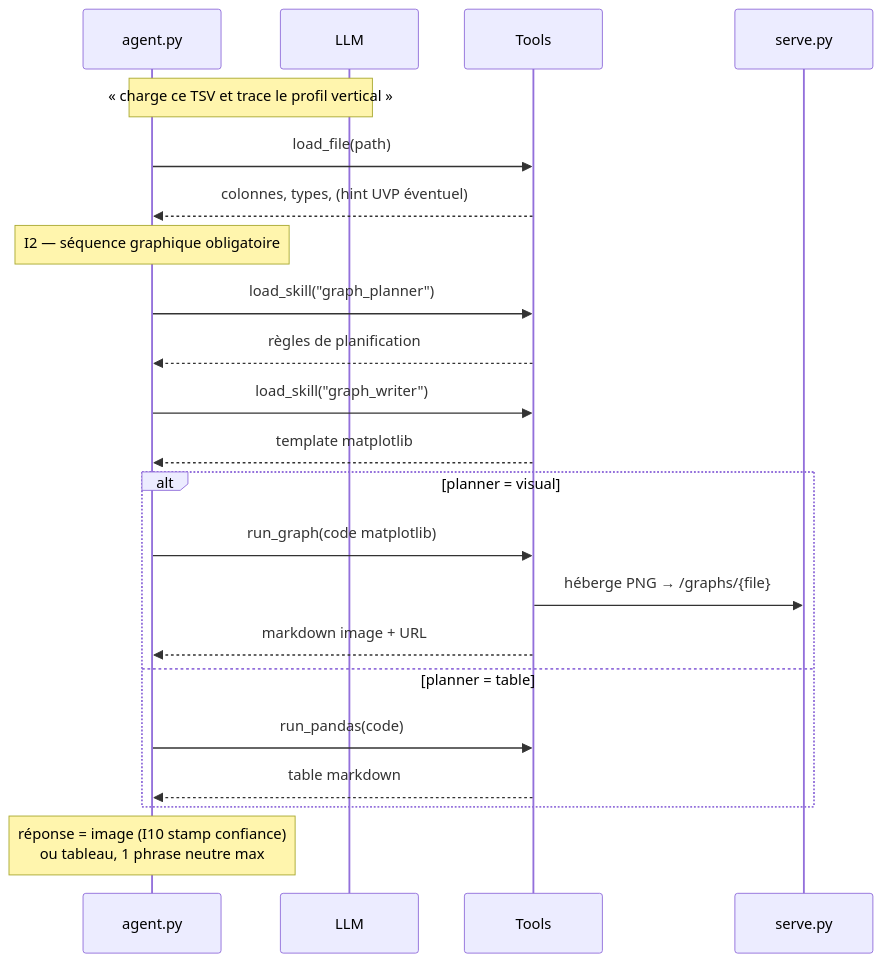
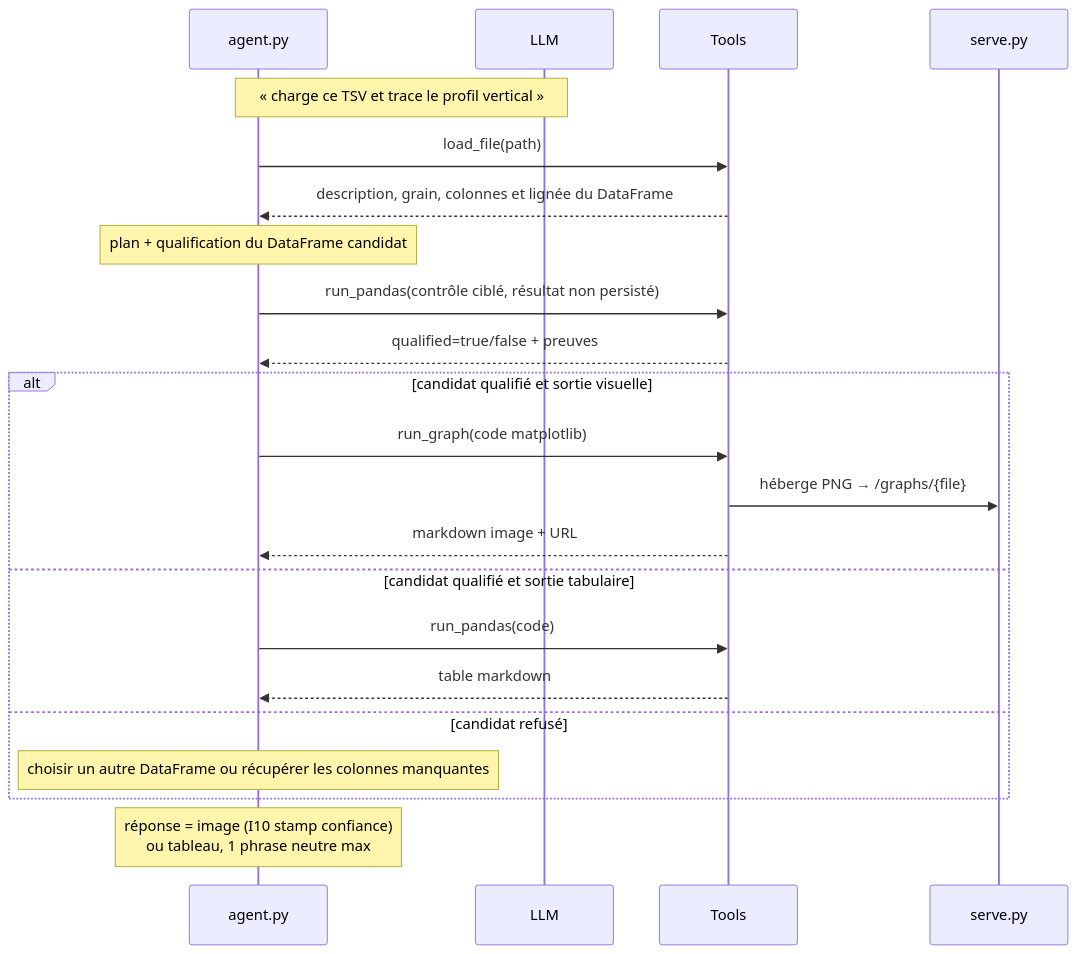
The second of 10 diagrams in SEQUENCES.md (TidianeCisse777/IDEA), drawn with Mermaid before and after one commit. The commit also changed other lines of this file and 9 other files, not shown here.

````diff
--- a/SEQUENCES.md
+++ b/SEQUENCES.md
@@ -53,25 +53,25 @@
 ```mermaid
 sequenceDiagram
     participant AG as agent.py
     participant LLM
     participant T as Tools
     participant API as serve.py
 
     Note over AG,LLM: « charge ce TSV et trace le profil vertical »
     AG->>T: load_file(path)
-    T-->>AG: colonnes, types, (hint UVP éventuel)
-    Note over AG: I2 — séquence graphique obligatoire
-    AG->>T: load_skill("graph_planner")
-    T-->>AG: règles de planification
-    AG->>T: load_skill("graph_writer")
-    T-->>AG: template matplotlib
-    alt planner = visual
+    T-->>AG: description, grain, colonnes et lignée du DataFrame
+    Note over AG: plan + qualification du DataFrame candidat
+    AG->>T: run_pandas(contrôle ciblé, résultat non persisté)
+    T-->>AG: qualified=true/false + preuves
+    alt candidat qualifié et sortie visuelle
         AG->>T: run_graph(code matplotlib)
         T->>API: héberge PNG → /graphs/{file}
         T-->>AG: markdown image + URL
-    else planner = table
+    else candidat qualifié et sortie tabulaire
         AG->>T: run_pandas(code)
         T-->>AG: table markdown
+    else candidat refusé
+        Note over AG: choisir un autre DataFrame ou récupérer les colonnes manquantes
     end
     Note over AG: réponse = image (I10 stamp confiance)<br/>ou tableau, 1 phrase neutre max
 ```
````
